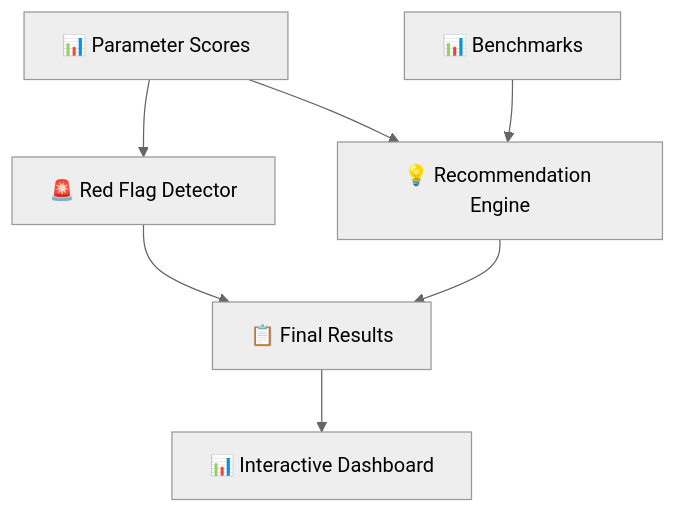
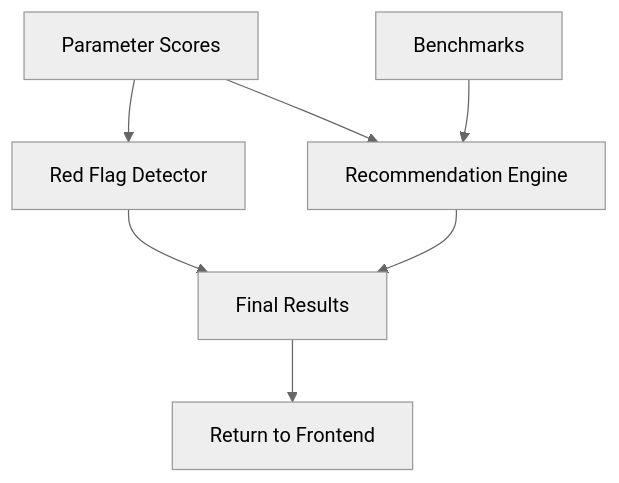
The seventh of 11 diagrams in README.md (Pooja-Vishnoi/GenAI_Hackathon), drawn with Mermaid (neutral theme) before and after one commit. The commit also changed other lines of this file, not shown here.

Commit message:
- Enhance README with detailed architecture diagrams and application flow. - Added sections for frontend-backend separation, key function calls, and interactive editing flows to improve clarity and understanding of the system's structure and functionality.

````diff
--- a/README.md
+++ b/README.md
@@ -104,11 +208,11 @@
 ```mermaid
 graph TB
-    SCORES[📊 Parameter Scores] --> RF_ENGINE[🚨 Red Flag Detector]
-    SCORES --> REC_ENGINE[💡 Recommendation Engine]
-    BENCH[📊 Benchmarks] --> REC_ENGINE
+    SCORES[Parameter Scores] --> RF_ENGINE[Red Flag Detector]
+    SCORES --> REC_ENGINE[Recommendation Engine]
+    BENCH[Benchmarks] --> REC_ENGINE
     
-    RF_ENGINE --> OUTPUT[📋 Final Results]
+    RF_ENGINE --> OUTPUT[Final Results]
     REC_ENGINE --> OUTPUT
     
-    OUTPUT --> DASHBOARD[📊 Interactive Dashboard]
+    OUTPUT --> DASHBOARD[Return to Frontend]
 ```
````
